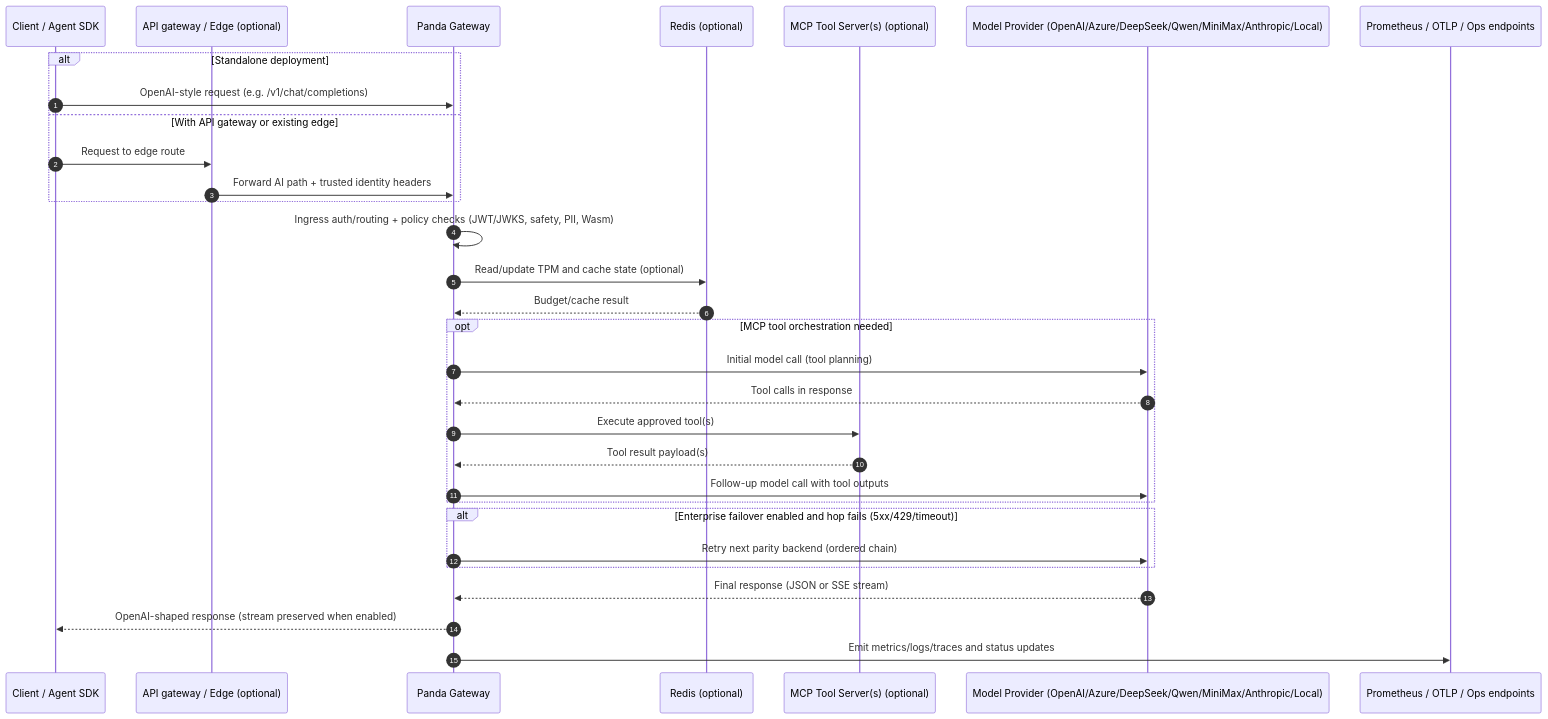
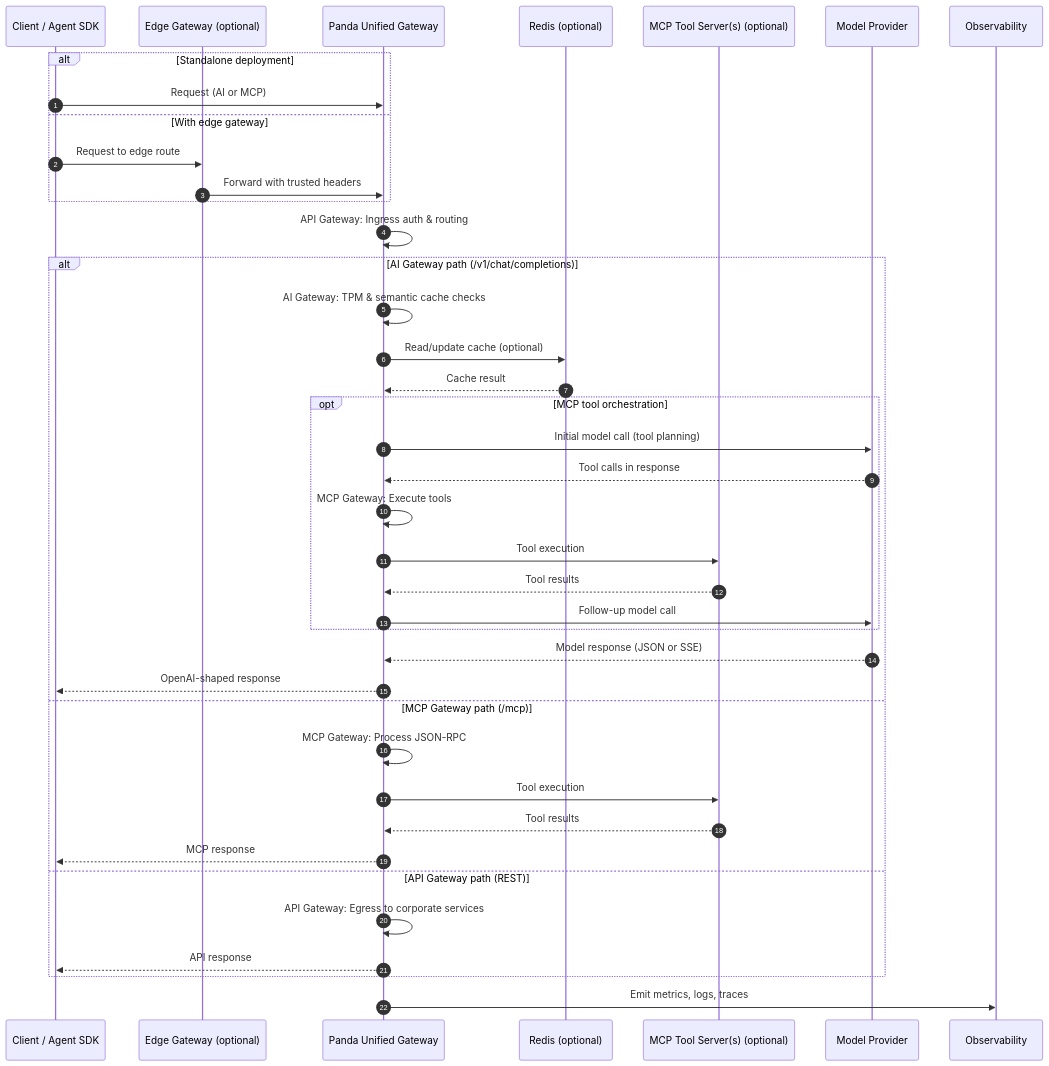
Before and after one commit to allenpeng0705/panda: the second of 2 diagrams in README.md, drawn with Mermaid. The commit also changed other lines of this file, not shown here.

````diff
--- a/README.md
+++ b/README.md
@@ -188,39 +297,48 @@
 ```mermaid
 sequenceDiagram
   autonumber
   participant U as Client / Agent SDK
-  participant K as API gateway / Edge (optional)
-  participant P as Panda Gateway
+  participant K as Edge Gateway (optional)
+  participant P as Panda Unified Gateway
   participant R as Redis (optional)
   participant M as MCP Tool Server(s) (optional)
-  participant L as Model Provider (OpenAI/Azure/DeepSeek/Qwen/MiniMax/Anthropic/Local)
-  participant O as Prometheus / OTLP / Ops endpoints
+  participant L as Model Provider
+  participant O as Observability
 
   alt Standalone deployment
-    U->>P: OpenAI-style request (e.g. /v1/chat/completions)
-  else With API gateway or existing edge
+    U->>P: Request (AI or MCP)
+  else With edge gateway
     U->>K: Request to edge route
-    K->>P: Forward AI path + trusted identity headers
+    K->>P: Forward with trusted headers
   end
 
-  P->>P: Ingress auth/routing + policy checks (JWT/JWKS, safety, PII, Wasm)
-  P->>R: Read/update TPM and cache state (optional)
-  R-->>P: Budget/cache result
-
-  opt MCP tool orchestration needed
-    P->>L: Initial model call (tool planning)
-    L-->>P: Tool calls in response
-    P->>M: Execute approved tool(s)
-    M-->>P: Tool result payload(s)
-    P->>L: Follow-up model call with tool outputs
+  P->>P: API Gateway: Ingress auth & routing
+  
+  alt AI Gateway path (/v1/chat/completions)
+    P->>P: AI Gateway: TPM & semantic cache checks
+    P->>R: Read/update cache (optional)
+    R-->>P: Cache result
+    
+    opt MCP tool orchestration
+      P->>L: Initial model call (tool planning)
+      L-->>P: Tool calls in response
+      P->>P: MCP Gateway: Execute tools
+      P->>M: Tool execution
+      M-->>P: Tool results
+      P->>L: Follow-up model call
+    end
+    
+    L-->>P: Model response (JSON or SSE)
+    P-->>U: OpenAI-shaped response
+  else MCP Gateway path (/mcp)
+    P->>P: MCP Gateway: Process JSON-RPC
+    P->>M: Tool execution
+    M-->>P: Tool results
+    P-->>U: MCP response
+  else API Gateway path (REST)
+    P->>P: API Gateway: Egress to corporate services
+    P-->>U: API response
   end
 
-  alt Enterprise failover enabled and hop fails (5xx/429/timeout)
-    P->>L: Retry next parity backend (ordered chain)
-  end
-
-  L-->>P: Final response (JSON or SSE stream)
-  P-->>U: OpenAI-shaped response (stream preserved when enabled)
-
-  P->>O: Emit metrics/logs/traces and status updates
+  P->>O: Emit metrics, logs, traces
 ```
````
